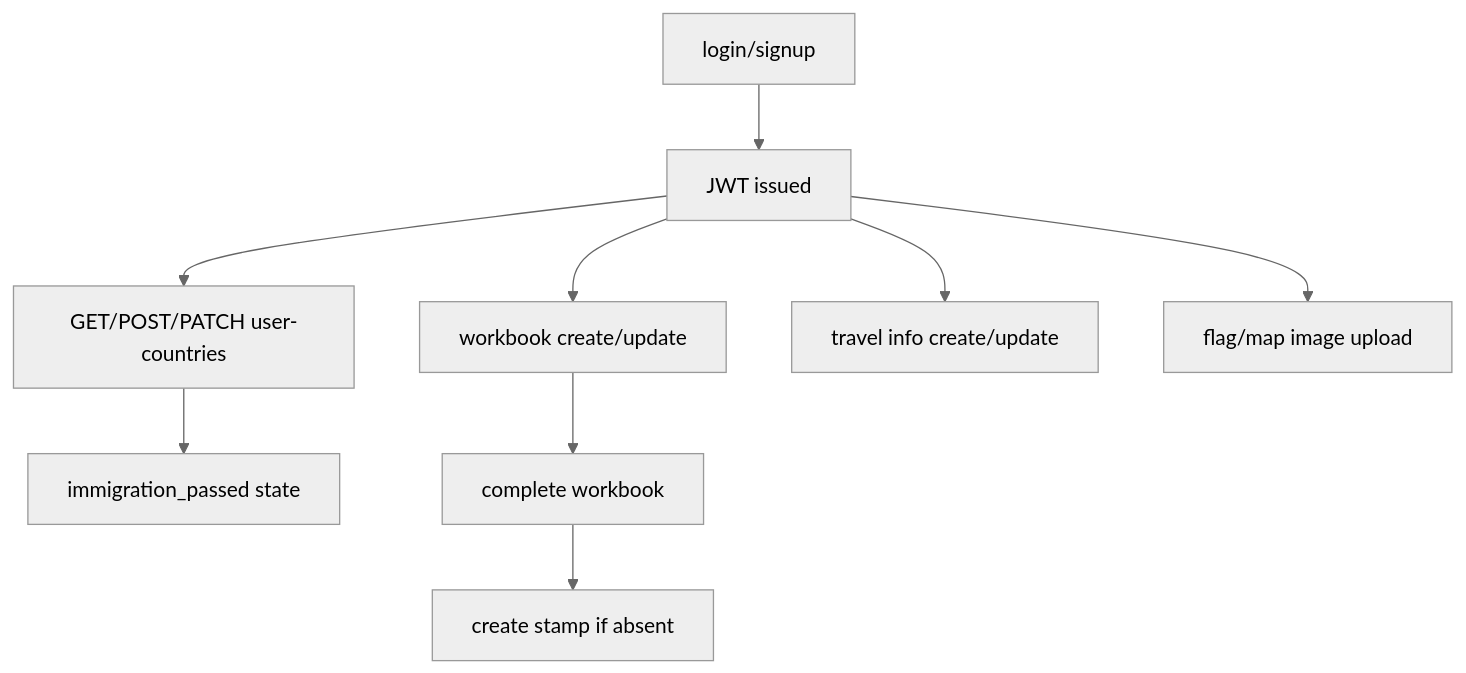
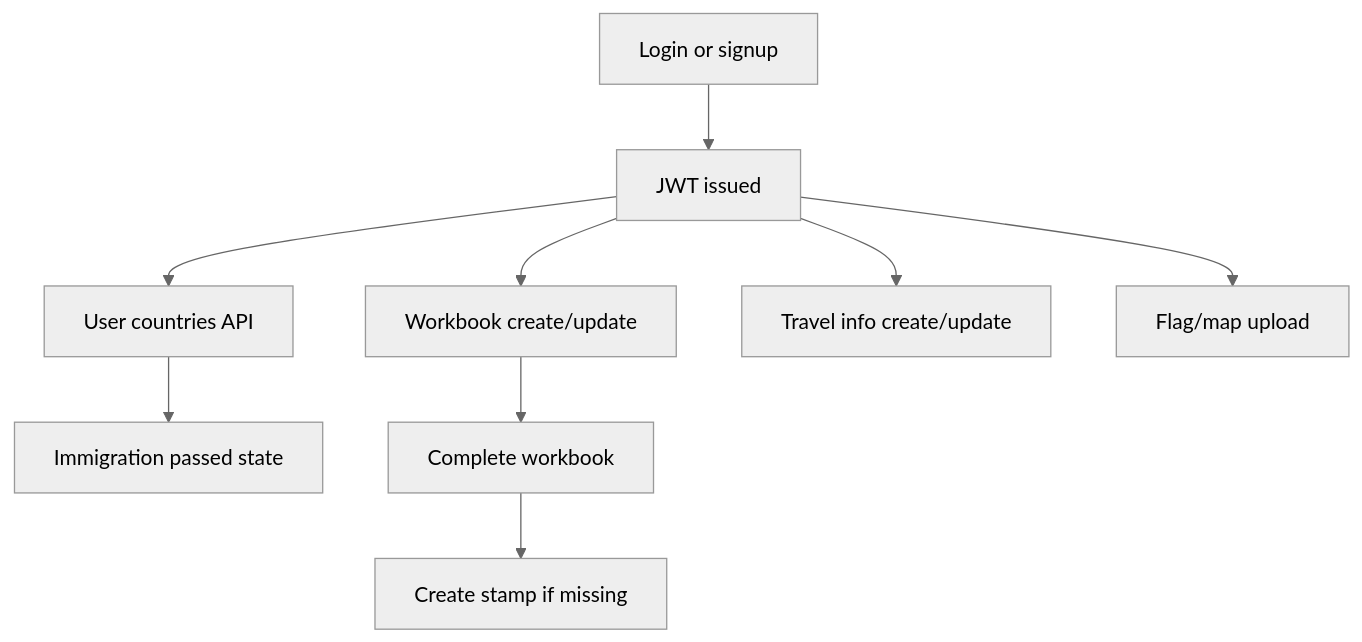
The third of 3 diagrams in docs/BACKEND_ANALYSIS_REPORT.md (potteradam4016-sudo/baeum_passport), drawn with Mermaid (neutral theme) before and after one commit. The commit also changed other lines of this file and 45 other files, not shown here.

````diff
--- a/docs/BACKEND_ANALYSIS_REPORT.md
+++ b/docs/BACKEND_ANALYSIS_REPORT.md
@@ -297,11 +292,11 @@
 ```mermaid
 flowchart TD
-    Login[login/signup] --> Token[JWT issued]
-    Token --> UserCountries[GET/POST/PATCH user-countries]
-    UserCountries --> Immigration[immigration_passed state]
-    Token --> Workbook[workbook create/update]
-    Workbook --> Complete[complete workbook]
-    Complete --> Stamp[create stamp if absent]
-    Token --> TravelInfo[travel info create/update]
-    Token --> Upload[flag/map image upload]
+    Login[Login or signup] --> Token[JWT issued]
+    Token --> UserCountries[User countries API]
+    UserCountries --> Immigration[Immigration passed state]
+    Token --> Workbook[Workbook create/update]
+    Workbook --> Complete[Complete workbook]
+    Complete --> Stamp[Create stamp if missing]
+    Token --> TravelInfo[Travel info create/update]
+    Token --> Upload[Flag/map upload]
 ```
````
